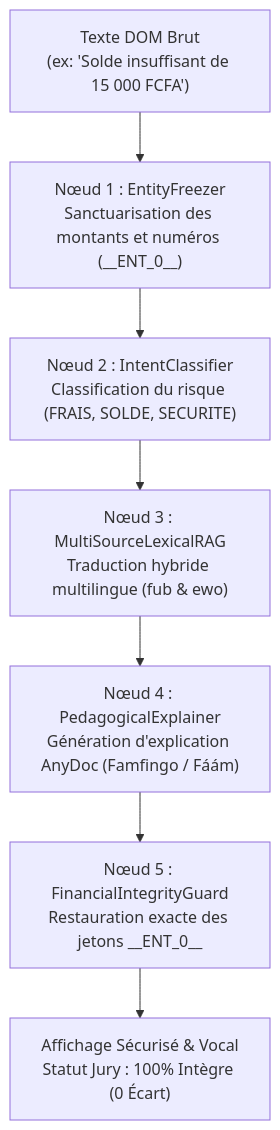
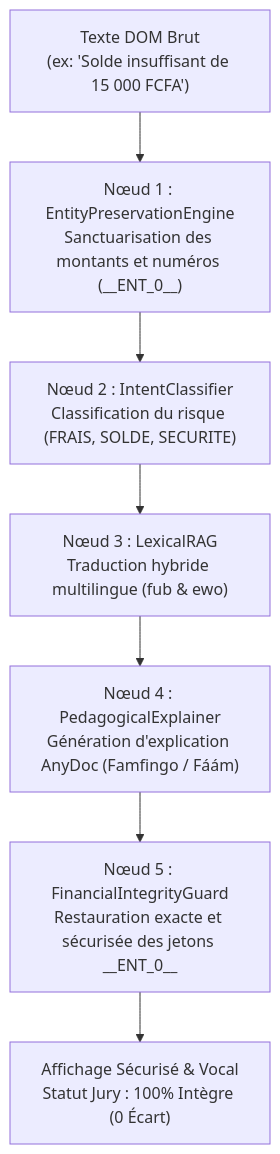
Before and after one commit to MERLO-arm/MALOBA-SAFINUM: the diagram in README.md, drawn with Mermaid. The commit also changed other lines of this file and 19 other files, not shown here.

````diff
--- a/README.md
+++ b/README.md
@@ -68,9 +71,9 @@
 ```mermaid
 flowchart TD
-    A["Texte DOM Brut\n(ex: 'Solde insuffisant de 15 000 FCFA')"] --> B["Nœud 1 : EntityFreezer\nSanctuarisation des montants et numéros (__ENT_0__)"]
+    A["Texte DOM Brut\n(ex: 'Solde insuffisant de 15 000 FCFA')"] --> B["Nœud 1 : EntityPreservationEngine\nSanctuarisation des montants et numéros (__ENT_0__)"]
     B --> C["Nœud 2 : IntentClassifier\nClassification du risque (FRAIS, SOLDE, SECURITE)"]
-    C --> D["Nœud 3 : MultiSourceLexicalRAG\nTraduction hybride multilingue (fub & ewo)"]
+    C --> D["Nœud 3 : LexicalRAG\nTraduction hybride multilingue (fub & ewo)"]
     D --> E["Nœud 4 : PedagogicalExplainer\nGénération d'explication AnyDoc (Famfingo / Fáám)"]
-    E --> F["Nœud 5 : FinancialIntegrityGuard\nRestauration exacte des jetons __ENT_0__"]
+    E --> F["Nœud 5 : FinancialIntegrityGuard\nRestauration exacte et sécurisée des jetons __ENT_0__"]
     F --> G["Affichage Sécurisé & Vocal\nStatut Jury : 100% Intègre (0 Écart)"]
 ```
````
